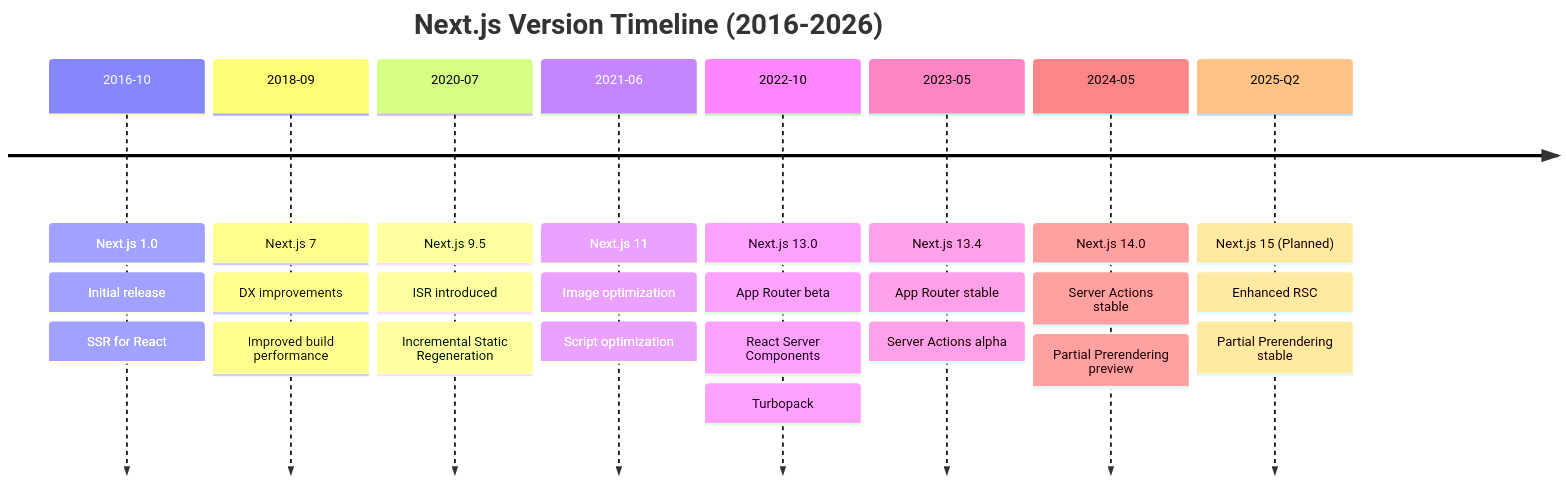
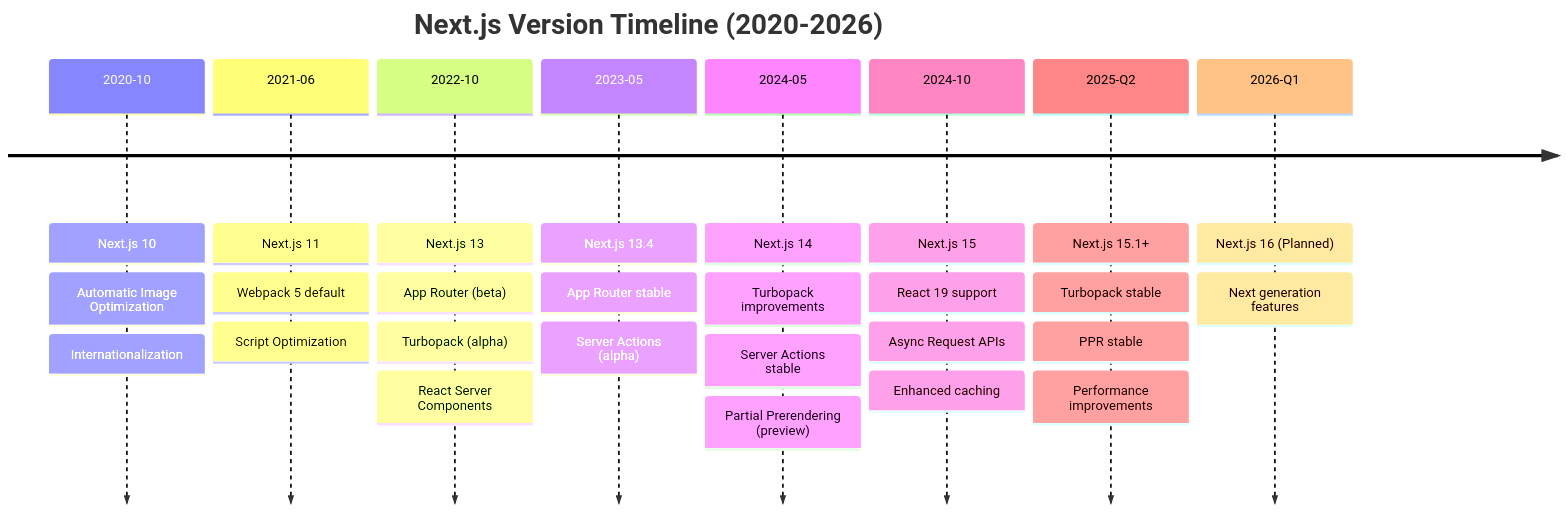
Before and after one commit to wahidyankf/open-sharia-enterprise: the first of 2 diagrams in docs/explanation/software/platform-web/fe-nextjs/README.md, drawn with Mermaid. The commit also changed other lines of this file and 75 other files, not shown here.

````diff
--- a/docs/explanation/software/platform-web/fe-nextjs/README.md
+++ b/docs/explanation/software/platform-web/fe-nextjs/README.md
@@ -122,15 +117,15 @@
 ```mermaid
 %% Color Palette: Blue #0173B2, Orange #DE8F05, Teal #029E73, Purple #CC78BC
 %% All colors are color-blind friendly and meet WCAG AA contrast standards
 
 timeline
-    title Next.js Version Timeline (2016-2026)
-    2016-10 : Next.js 1.0 : Initial release : SSR for React
-    2018-09 : Next.js 7 : DX improvements : Improved build performance
-    2020-07 : Next.js 9.5 : ISR introduced : Incremental Static Regeneration
-    2021-06 : Next.js 11 : Image optimization : Script optimization
-    2022-10 : Next.js 13.0 : App Router beta : React Server Components : Turbopack
-    2023-05 : Next.js 13.4 : App Router stable : Server Actions alpha
-    2024-05 : Next.js 14.0 : Server Actions stable : Partial Prerendering preview
-    2025-Q2 : Next.js 15 (Planned) : Enhanced RSC : Partial Prerendering stable
+    title Next.js Version Timeline (2020-2026)
+    2020-10 : Next.js 10 : Automatic Image Optimization : Internationalization
+    2021-06 : Next.js 11 : Webpack 5 default : Script Optimization
+    2022-10 : Next.js 13 : App Router (beta) : Turbopack (alpha) : React Server Components
+    2023-05 : Next.js 13.4 : App Router stable : Server Actions (alpha)
+    2024-05 : Next.js 14 : Turbopack improvements : Server Actions stable : Partial Prerendering (preview)
+    2024-10 : Next.js 15 : React 19 support : Async Request APIs : Enhanced caching
+    2025-Q2 : Next.js 15.1+ : Turbopack stable : PPR stable : Performance improvements
+    2026-Q1 : Next.js 16 (Planned) : Next generation features
 ```
````
